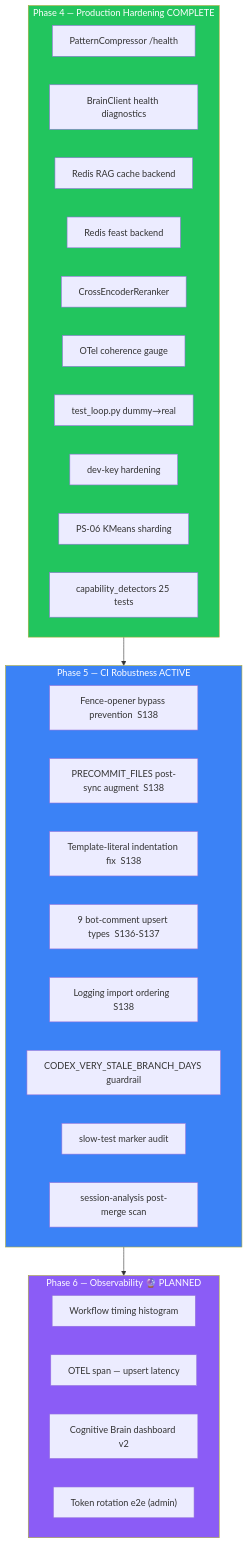
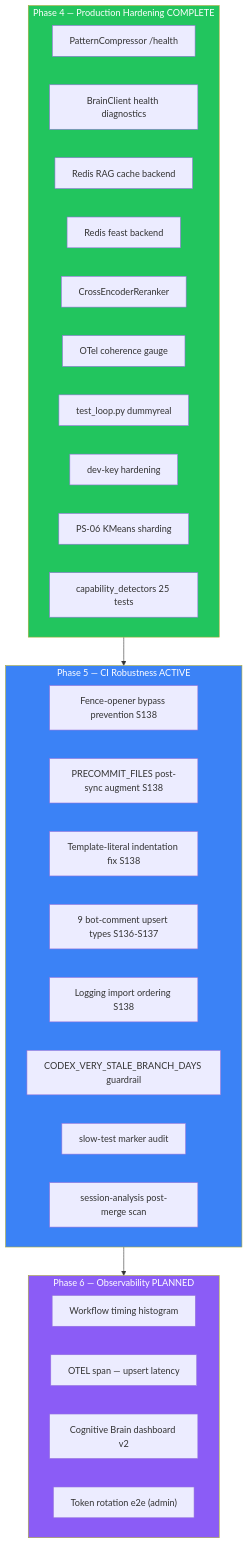
Before and after one commit to Aries-Serpent/_codex_: the diagram in docs/cognitive_brain/DEAD_CODE_IMPROVEMENT_PLAN.md, drawn with Mermaid. The commit also changed other lines of this file and 4117 other files, not shown here.

First line of the commit message:
Phase A: v0.2.0 Production Infrastructure Deployment - Ready for Release (#5334)

````diff
--- a/docs/cognitive_brain/DEAD_CODE_IMPROVEMENT_PLAN.md
+++ b/docs/cognitive_brain/DEAD_CODE_IMPROVEMENT_PLAN.md
@@ -174,41 +174,43 @@
 ```mermaid
-%%{init: {'accessibility': {'title': 'Flowchart showing "Phase 4 — Production Hardening  COMPLETE", "PatternCompressor /health "'}}%%
+%%{init: {'accessibility': {'title': 'Flowchart showing "Phase 4 — Production Hardening COMPLETE", "PatternCompressor /health "'}}%%
+
 flowchart TD
-    subgraph P4["Phase 4 — Production Hardening  COMPLETE"]
-        P4A["PatternCompressor /health "]
-        P4B["BrainClient health diagnostics "]
-        P4C["Redis RAG cache backend "]
-        P4D["Redis feast backend "]
-        P4E["CrossEncoderReranker "]
-        P4F["OTel coherence gauge "]
-        P4G["test_loop.py dummy→real "]
-        P4H["dev-key hardening "]
-        P4I["PS-06 KMeans sharding "]
-        P4J["capability_detectors 25 tests "]
-    end
+ subgraph P4["Phase 4 — Production Hardening COMPLETE"]
+ P4A["PatternCompressor /health "]
+ P4B["BrainClient health diagnostics "]
+ P4C["Redis RAG cache backend "]
+ P4D["Redis feast backend "]
+ P4E["CrossEncoderReranker "]
+ P4F["OTel coherence gauge "]
+ P4G["test_loop.py dummyreal "]
+ P4H["dev-key hardening "]
+ P4I["PS-06 KMeans sharding "]
+ P4J["capability_detectors 25 tests "]
+ end
 
-    subgraph P5["Phase 5 — CI Robustness  ACTIVE"]
-        P5A["Fence-opener bypass prevention  S138"]
-        P5B["PRECOMMIT_FILES post-sync augment  S138"]
-        P5C["Template-literal indentation fix  S138"]
-        P5D["9 bot-comment upsert types  S136-S137"]
-        P5E["Logging import ordering  S138"]
-        P5F["CODEX_VERY_STALE_BRANCH_DAYS guardrail "]
-        P5G["slow-test marker audit "]
-        P5H["session-analysis post-merge scan "]
-    end
+ subgraph P5["Phase 5 — CI Robustness ACTIVE"]
+ P5A["Fence-opener bypass prevention S138"]
+ P5B["PRECOMMIT_FILES post-sync augment S138"]
+ P5C["Template-literal indentation fix S138"]
+ P5D["9 bot-comment upsert types S136-S137"]
+ P5E["Logging import ordering S138"]
+ P5F["CODEX_VERY_STALE_BRANCH_DAYS guardrail "]
+ P5G["slow-test marker audit "]
+ P5H["session-analysis post-merge scan "]
+ end
 
-    subgraph P6["Phase 6 — Observability 🔮 PLANNED"]
-        P6A["Workflow timing histogram"]
-        P6B["OTEL span — upsert latency"]
-        P6C["Cognitive Brain dashboard v2"]
-        P6D["Token rotation e2e (admin)"]
-    end
+ subgraph P6["Phase 6 — Observability PLANNED"]
+ P6A["Workflow timing histogram"]
+ P6B["OTEL span — upsert latency"]
+ P6C["Cognitive Brain dashboard v2"]
+ P6D["Token rotation e2e (admin)"]
+ end
 
-    P4 --> P5
-    P5 --> P6
+ P4 --> P5
 
-    style P4 fill:#22c55e,color:#fff
-    style P5 fill:#3b82f6,color:#fff
-    style P6 fill:#8b5cf6,color:#fff
+ P5 --> P6
+
+ style P4 fill:#22c55e,color:#fff
+ style P5 fill:#3b82f6,color:#fff
+ style P6 fill:#8b5cf6,color:#fff
 ```
````
